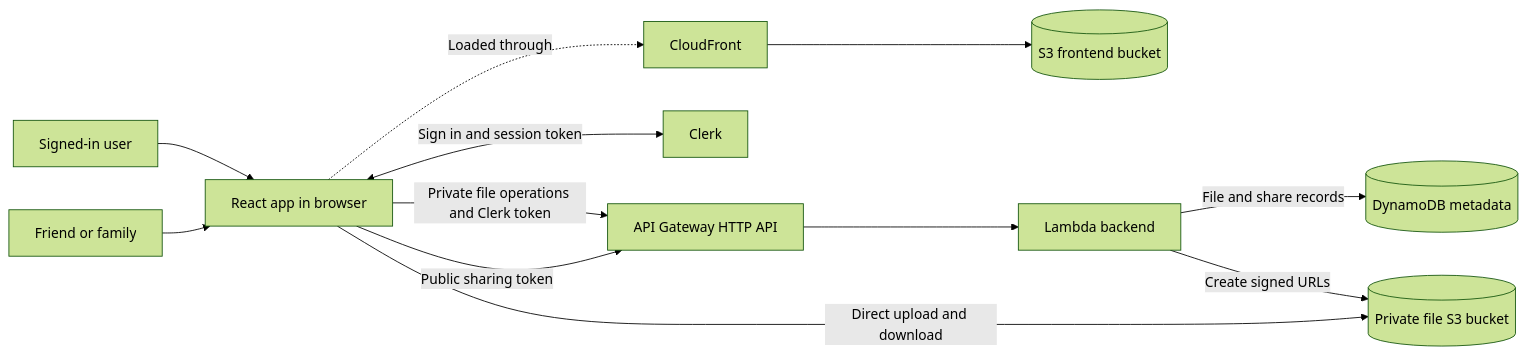
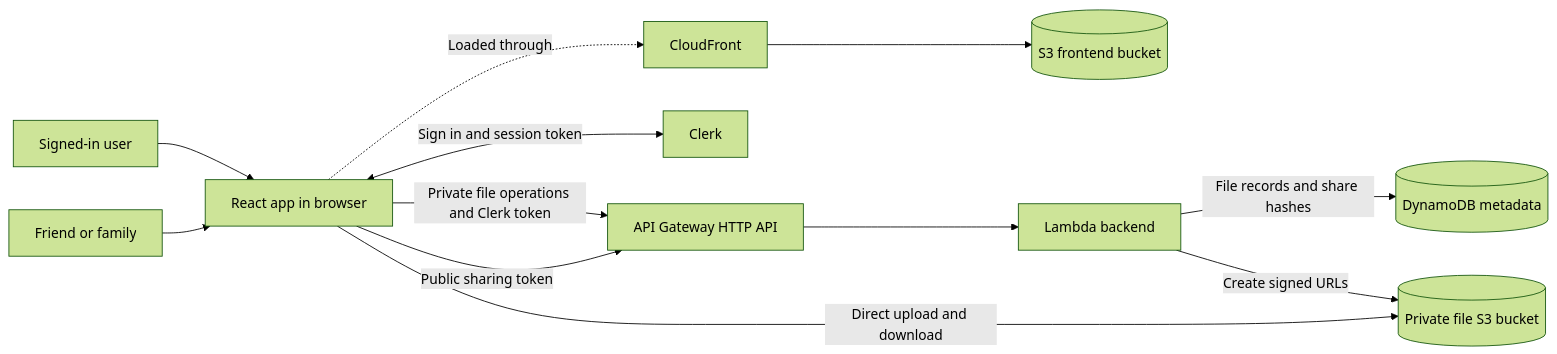
One commit to luojam/luja-cloud changed the first of 5 diagrams in docs/architecture.md. Above: the diagram before and after it, drawn with Mermaid (forest theme). The commit also changed other lines of this file and 44 other files, not shown here.

````diff
--- a/docs/architecture.md
+++ b/docs/architecture.md
@@ -16,25 +16,25 @@
 ```mermaid
 flowchart LR
     User[Signed-in user]
     Guest[Friend or family]
     Browser[React app in browser]
     CDN[CloudFront]
     Frontend[(S3 frontend bucket)]
     Clerk[Clerk]
     API[API Gateway HTTP API]
     Backend[Lambda backend]
     Metadata[(DynamoDB metadata)]
     Files[(Private file S3 bucket)]
 
     User --> Browser
     Guest --> Browser
     Browser -.->|Loaded through| CDN
     CDN --> Frontend
     Browser <-->|Sign in and session token| Clerk
     Browser -->|Private file operations and Clerk token| API
     Browser -->|Public sharing token| API
     API --> Backend
-    Backend -->|File and share records| Metadata
+    Backend -->|File records and share hashes| Metadata
     Backend -->|Create signed URLs| Files
     Browser -->|Direct upload and download| Files
 ```
````
